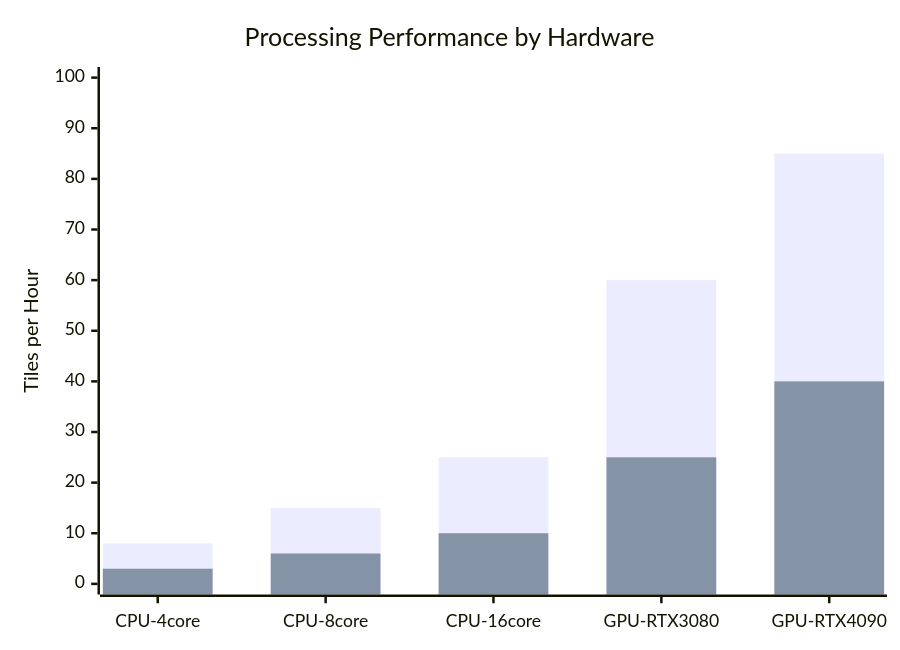
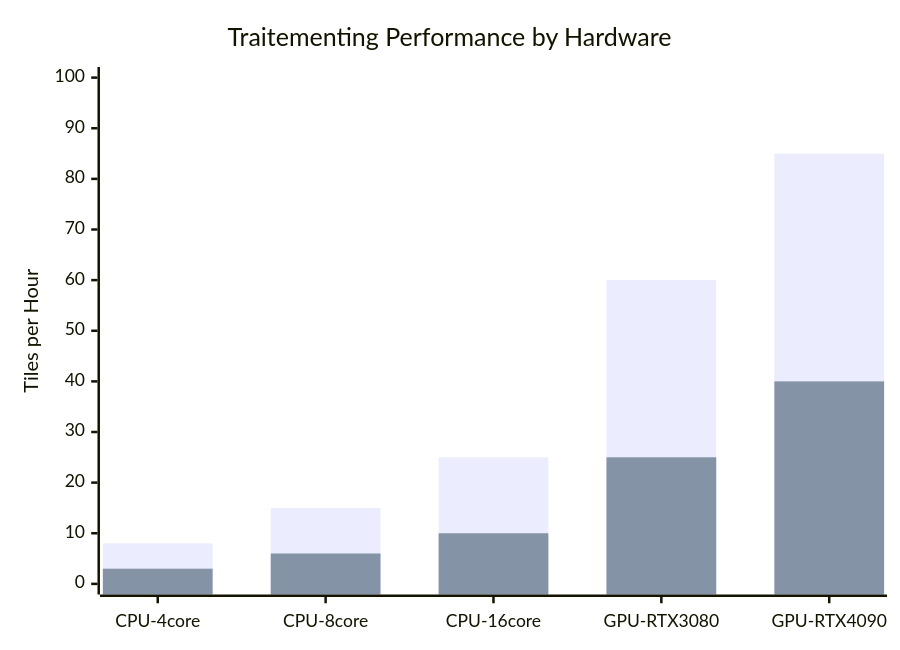
One commit to sducournau/IGN_LIDAR_HD_DATASET changed the third of 12 diagrams in website/i18n/fr/docusaurus-plugin-content-docs/current/mermaid-reference.md. Above: the diagram before and after it, drawn with Mermaid. The commit also changed other lines of this file and 42 other files, not shown here.

````diff
--- a/website/i18n/fr/docusaurus-plugin-content-docs/current/mermaid-reference.md
+++ b/website/i18n/fr/docusaurus-plugin-content-docs/current/mermaid-reference.md
@@ -71,8 +63,8 @@
 ```mermaid
 xychart-beta
-    title "Processing Performance by Hardware"
+    title "Traitementing Performance by Hardware"
     x-axis [CPU-4core, CPU-8core, CPU-16core, GPU-RTX3080, GPU-RTX4090]
     y-axis "Tiles per Hour" 0 --> 100
     bar "Small Tiles" [8, 15, 25, 60, 85]
     bar "Large Tiles" [3, 6, 10, 25, 40]
 ```
````
